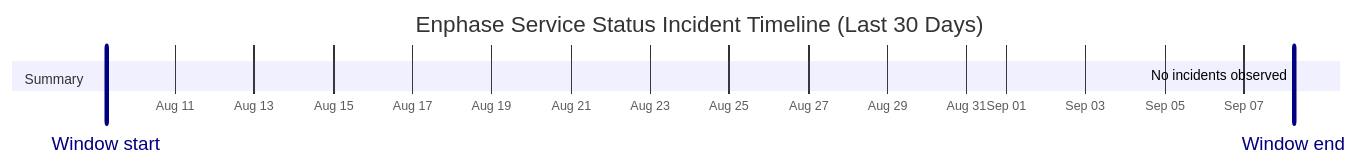
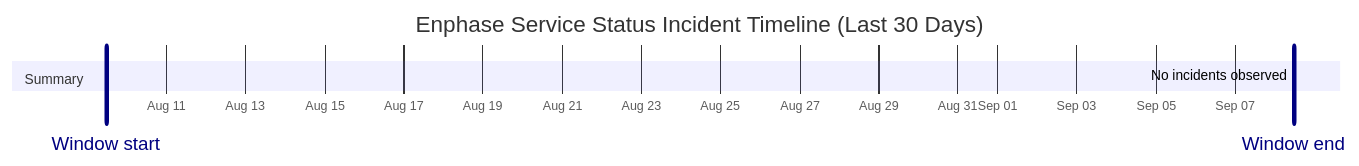
Before and after one commit to barneyonline/ha-enphase-energy: the diagram in wiki/Service-Status-History.md, drawn with Mermaid. The commit also changed other lines of this file and 3 other files, not shown here.

````diff
--- a/wiki/Service-Status-History.md
+++ b/wiki/Service-Status-History.md
@@ -14,10 +14,10 @@
 ```mermaid
 gantt
     title Enphase Service Status Incident Timeline (Last 30 Days)
     dateFormat  YYYY-MM-DDTHH:mm:ss
     axisFormat  %b %d
-    Window start :vert, window-start, 2026-08-09T06:15:52, 0ms
-    Window end :vert, window-end, 2026-09-08T06:15:52, 0ms
+    Window start :vert, window-start, 2026-08-09T11:33:59, 0ms
+    Window end :vert, window-end, 2026-09-08T11:33:59, 0ms
     section Summary
-    No incidents observed :done, 2026-09-08T06:15:52, 1m
+    No incidents observed :done, 2026-09-08T11:33:59, 1m
 ```
````
